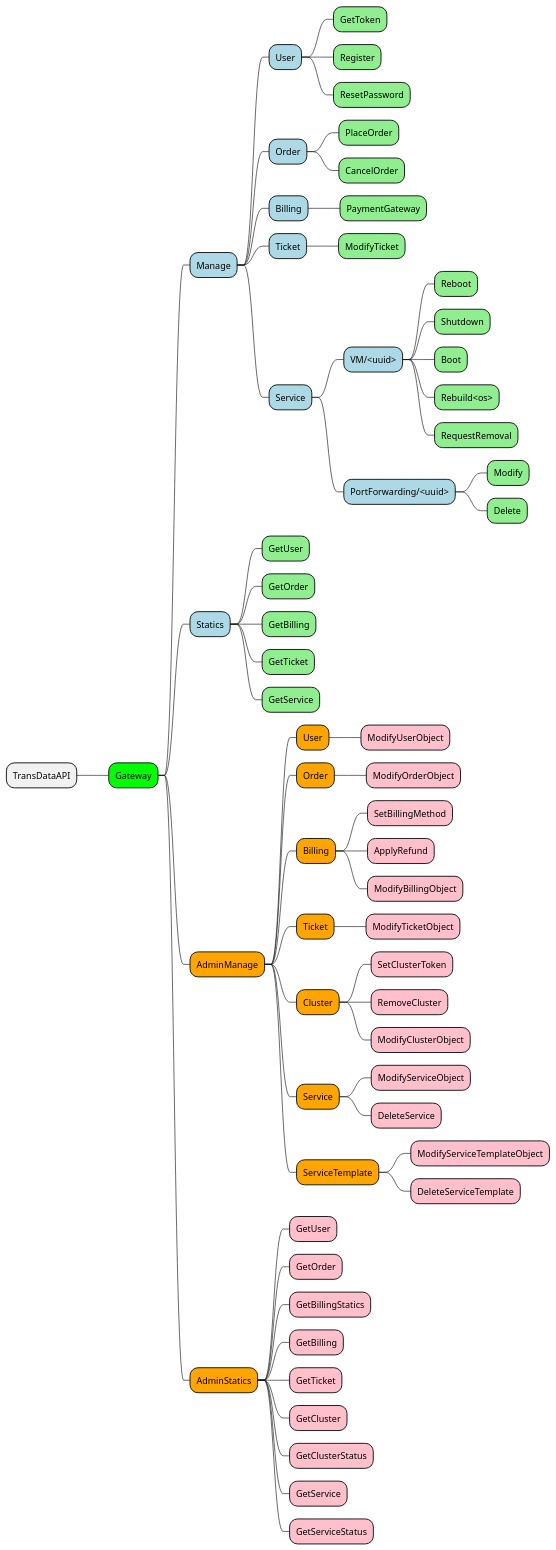
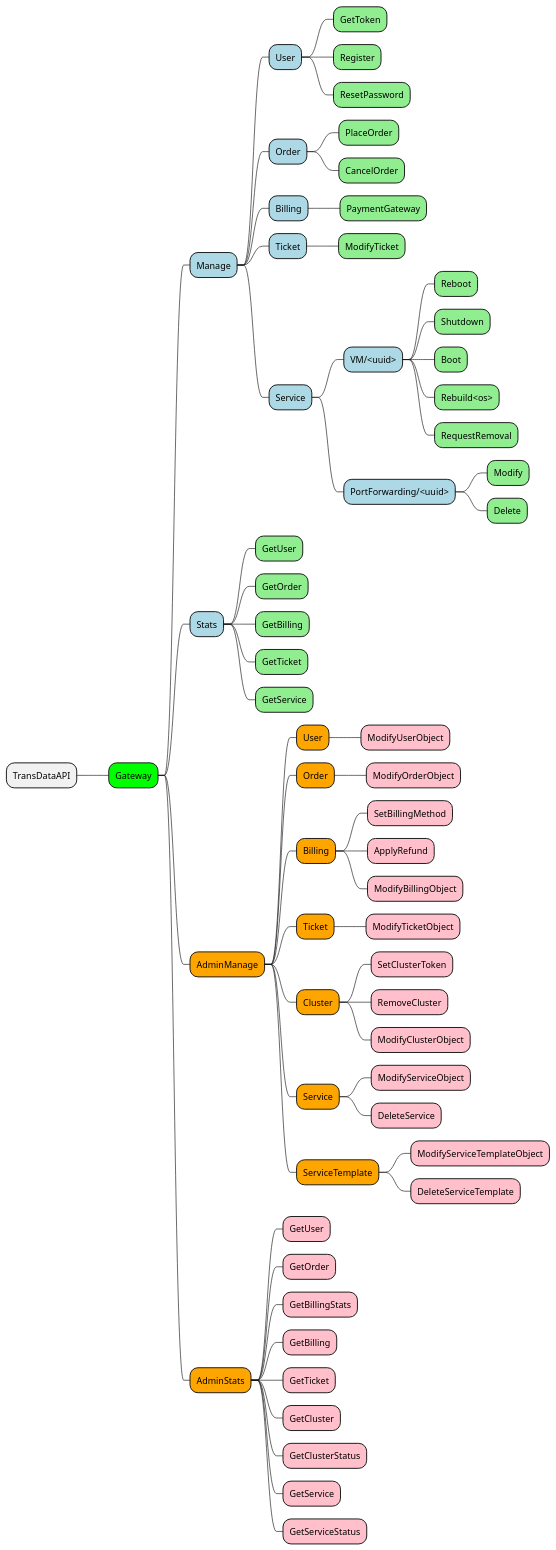
The first of 3 diagrams in documents/README.adoc (CaliNetwork/TransData), drawn with PlantUML before and after one commit. The commit also changed 21 other files, not shown here.

```diff
--- a/documents/README.adoc
+++ b/documents/README.adoc
@@ -11,67 +11,67 @@
 [plantuml]
 ....
 @startmindmap
 * TransDataAPI
     *[#lime] Gateway
         *[#lightblue] Manage
             *[#lightblue] User
                 *[#lightgreen] GetToken
                 *[#lightgreen] Register
                 *[#lightgreen] ResetPassword
             *[#lightblue] Order
                 *[#lightgreen] PlaceOrder
                 *[#lightgreen] CancelOrder
             *[#lightblue] Billing
                 *[#lightgreen] PaymentGateway
             *[#lightblue] Ticket
                 *[#lightgreen] ModifyTicket
             *[#lightblue] Service
                 *[#lightblue] VM/<uuid>
                     *[#lightgreen] Reboot
                     *[#lightgreen] Shutdown
                     *[#lightgreen] Boot
                     *[#lightgreen] Rebuild<os>
                     *[#lightgreen] RequestRemoval
                 *[#lightblue] PortForwarding/<uuid>
                     *[#lightgreen] Modify
                     *[#lightgreen] Delete
-        *[#lightblue] Statics
+        *[#lightblue] Stats
             *[#lightgreen] GetUser
             *[#lightgreen] GetOrder
             *[#lightgreen] GetBilling
             *[#lightgreen] GetTicket
             *[#lightgreen] GetService
 
         *[#orange] AdminManage
             *[#orange] User
                 *[#pink] ModifyUserObject
             *[#orange] Order
                 *[#pink] ModifyOrderObject
             *[#orange] Billing
                 *[#pink] SetBillingMethod
                 *[#pink] ApplyRefund
                 *[#pink] ModifyBillingObject
             *[#orange] Ticket
                 *[#pink] ModifyTicketObject
             *[#orange] Cluster
                 *[#pink] SetClusterToken
                 *[#pink] RemoveCluster
                 *[#pink] ModifyClusterObject
             *[#orange] Service
                 *[#pink] ModifyServiceObject
                 *[#pink] DeleteService
             *[#orange] ServiceTemplate
                 *[#pink] ModifyServiceTemplateObject
                 *[#pink] DeleteServiceTemplate
-        *[#orange] AdminStatics
+        *[#orange] AdminStats
             *[#pink] GetUser
             *[#pink] GetOrder
-            *[#pink] GetBillingStatics
+            *[#pink] GetBillingStats
             *[#pink] GetBilling
             *[#pink] GetTicket
             *[#pink] GetCluster
             *[#pink] GetClusterStatus
             *[#pink] GetService
             *[#pink] GetServiceStatus
 @endmindmap
 ....
```
